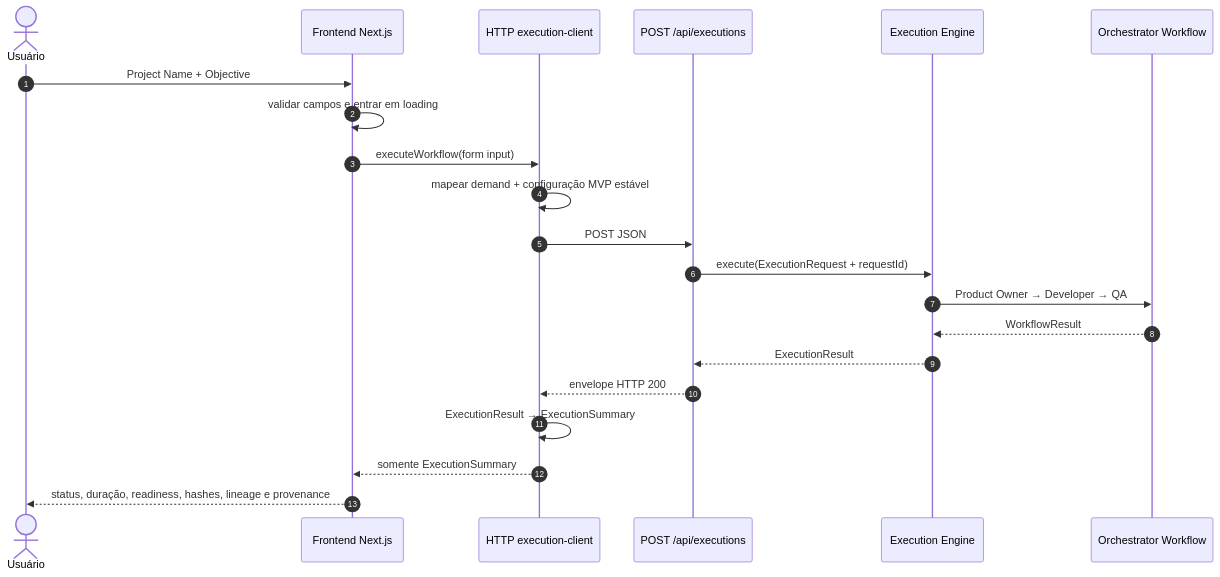
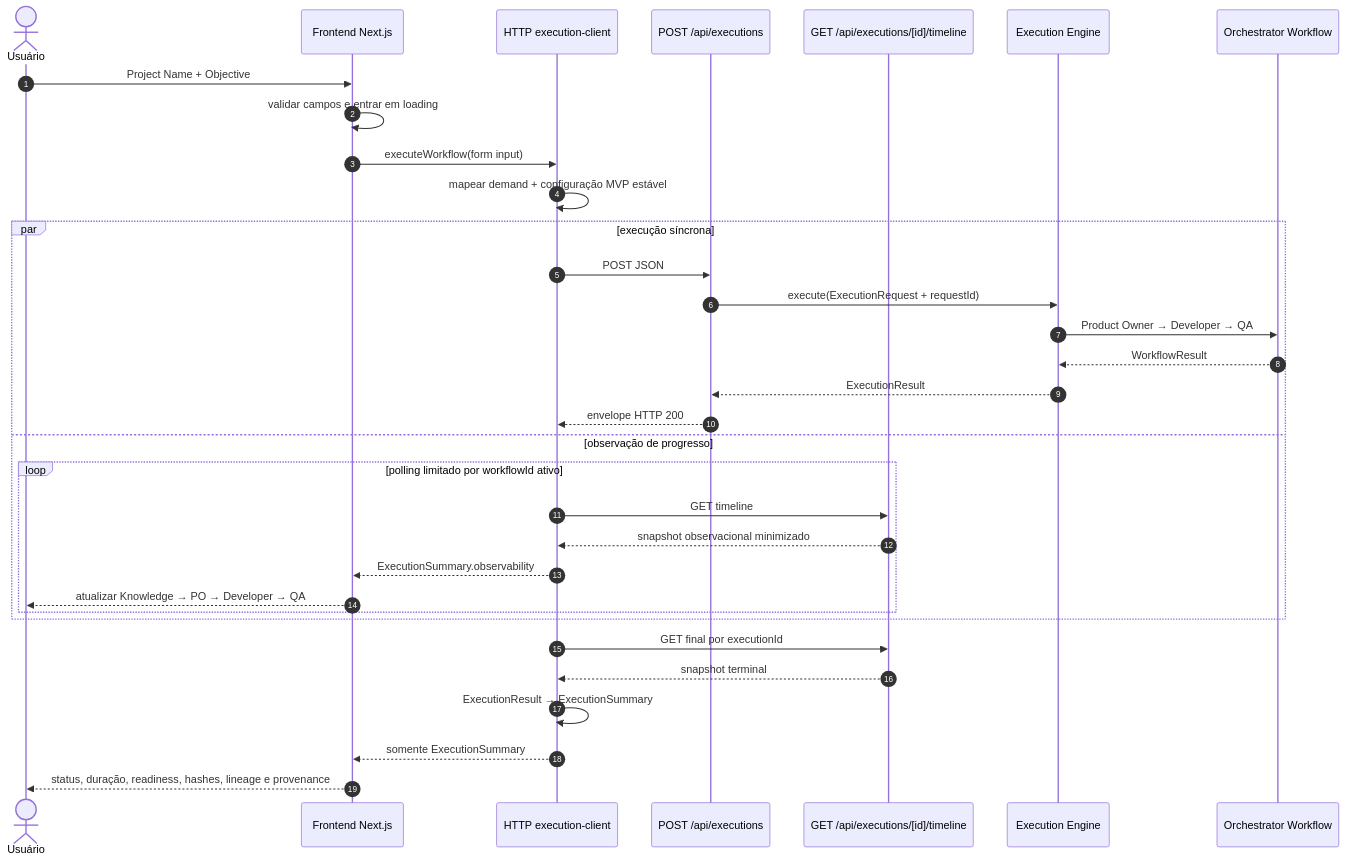
One commit to felipet66/brq-ai-factory changed the first of 3 diagrams in knowledge/39-FRONTEND_FLOW.md. Above: the diagram before and after it, drawn with Mermaid. The commit also changed other lines of this file and 60 other files, not shown here.

First line of the commit message:
feat(observability): implement execution history, timeline and frontend monitoring

````diff
--- a/knowledge/39-FRONTEND_FLOW.md
+++ b/knowledge/39-FRONTEND_FLOW.md
@@ -11,24 +15,36 @@
 ```mermaid
 sequenceDiagram
     autonumber
     actor User as Usuário
     participant Page as Frontend Next.js
     participant Client as HTTP execution-client
     participant API as POST /api/executions
+    participant Timeline as GET /api/executions/[id]/timeline
     participant Engine as Execution Engine
     participant Workflow as Orchestrator Workflow
 
     User->>Page: Project Name + Objective
     Page->>Page: validar campos e entrar em loading
     Page->>Client: executeWorkflow(form input)
     Client->>Client: mapear demand + configuração MVP estável
-    Client->>API: POST JSON
-    API->>Engine: execute(ExecutionRequest + requestId)
-    Engine->>Workflow: Product Owner → Developer → QA
-    Workflow-->>Engine: WorkflowResult
-    Engine-->>API: ExecutionResult
-    API-->>Client: envelope HTTP 200
+    par execução síncrona
+        Client->>API: POST JSON
+        API->>Engine: execute(ExecutionRequest + requestId)
+        Engine->>Workflow: Product Owner → Developer → QA
+        Workflow-->>Engine: WorkflowResult
+        Engine-->>API: ExecutionResult
+        API-->>Client: envelope HTTP 200
+    and observação de progresso
+        loop polling limitado por workflowId ativo
+            Client->>Timeline: GET timeline
+            Timeline-->>Client: snapshot observacional minimizado
+            Client-->>Page: ExecutionSummary.observability
+            Page-->>User: atualizar Knowledge → PO → Developer → QA
+        end
+    end
+    Client->>Timeline: GET final por executionId
+    Timeline-->>Client: snapshot terminal
     Client->>Client: ExecutionResult → ExecutionSummary
     Client-->>Page: somente ExecutionSummary
     Page-->>User: status, duração, readiness, hashes, lineage e provenance
 ```
````
